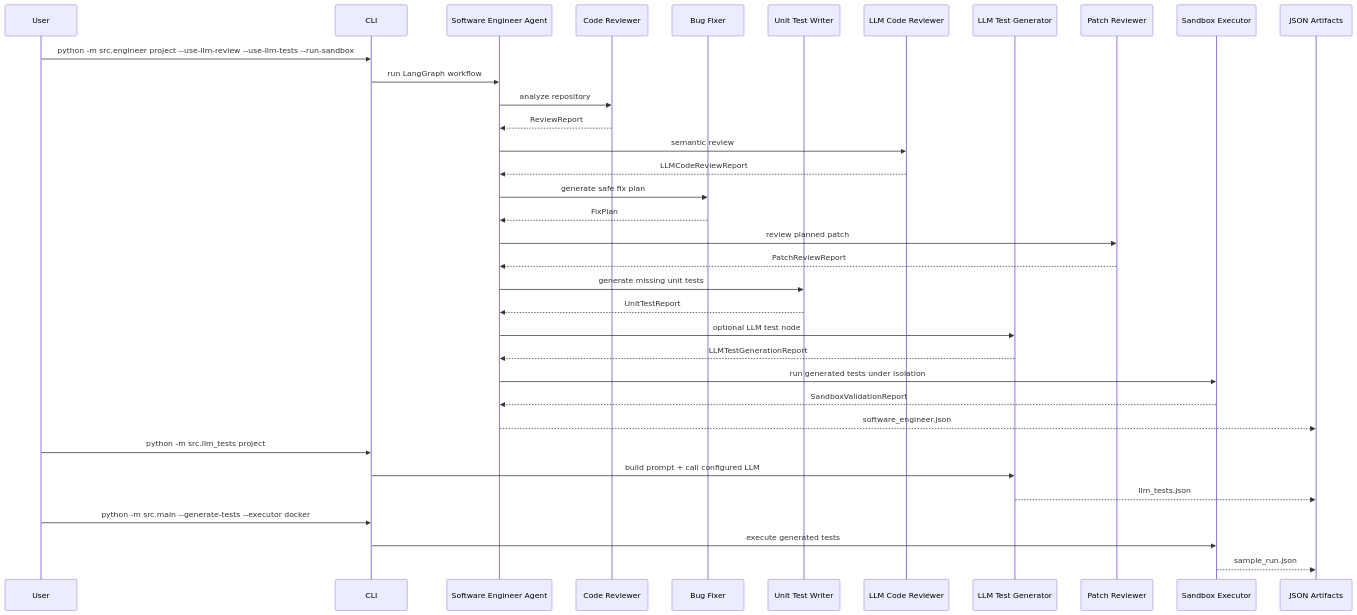
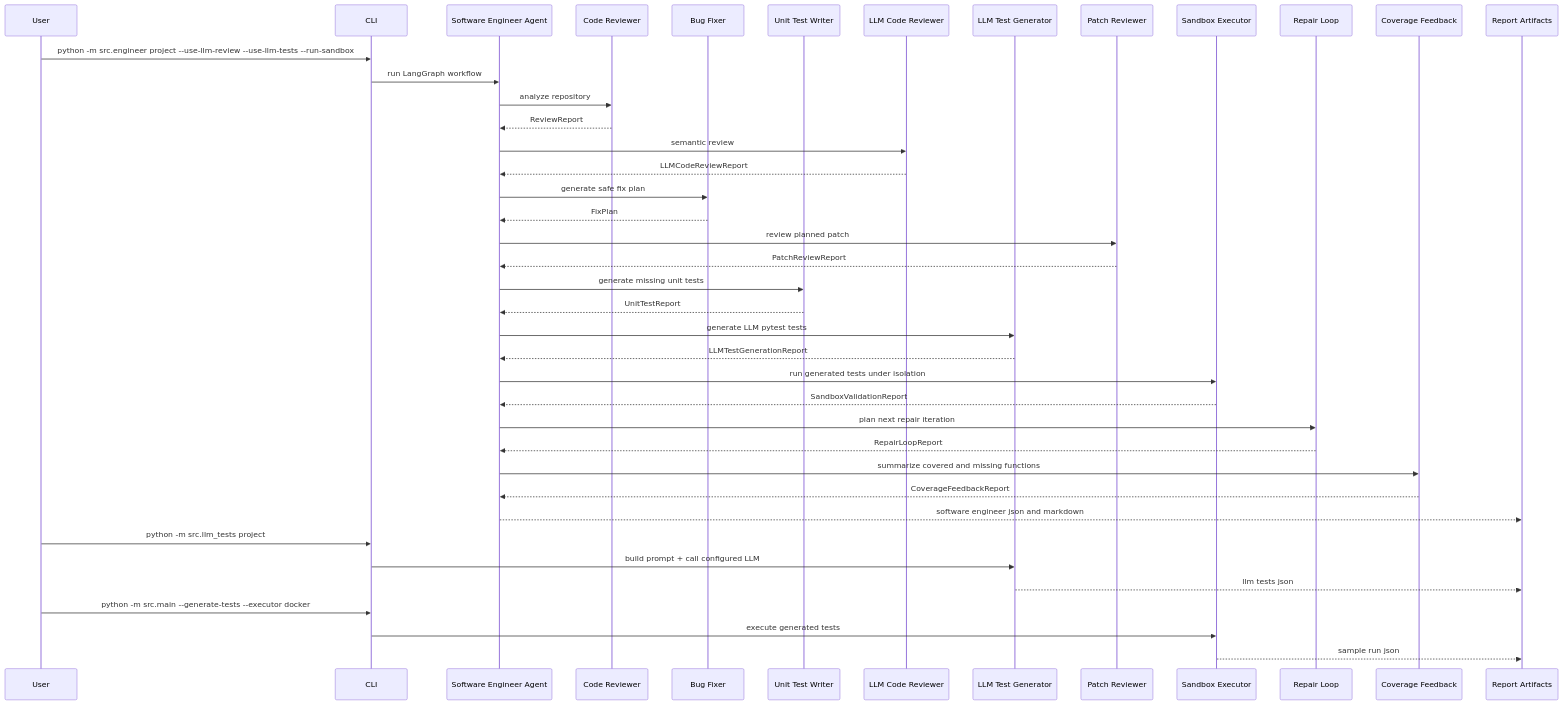
The third of 3 diagrams in docs/architecture.md (Isaacsen/cs599-project), drawn with Mermaid before and after one commit. The commit also changed other lines of this file and 60 other files, not shown here.

Commit message:
Align project architecture with software engineer agent

````diff
--- a/docs/architecture.md
+++ b/docs/architecture.md
@@ -156,40 +147,46 @@
 ```mermaid
 sequenceDiagram
     participant User
     participant CLI
     participant SE as Software Engineer Agent
     participant Review as Code Reviewer
     participant Fix as Bug Fixer
     participant Unit as Unit Test Writer
     participant LLMReview as LLM Code Reviewer
     participant LLM as LLM Test Generator
     participant Patch as Patch Reviewer
     participant Sandbox as Sandbox Executor
-    participant Obs as JSON Artifacts
+    participant Repair as Repair Loop
+    participant Coverage as Coverage Feedback
+    participant Obs as Report Artifacts
 
     User->>CLI: python -m src.engineer project --use-llm-review --use-llm-tests --run-sandbox
     CLI->>SE: run LangGraph workflow
     SE->>Review: analyze repository
     Review-->>SE: ReviewReport
     SE->>LLMReview: semantic review
     LLMReview-->>SE: LLMCodeReviewReport
     SE->>Fix: generate safe fix plan
     Fix-->>SE: FixPlan
     SE->>Patch: review planned patch
     Patch-->>SE: PatchReviewReport
     SE->>Unit: generate missing unit tests
     Unit-->>SE: UnitTestReport
-    SE->>LLM: optional LLM test node
+    SE->>LLM: generate LLM pytest tests
     LLM-->>SE: LLMTestGenerationReport
     SE->>Sandbox: run generated tests under isolation
     Sandbox-->>SE: SandboxValidationReport
-    SE-->>Obs: software_engineer.json
+    SE->>Repair: plan next repair iteration
+    Repair-->>SE: RepairLoopReport
+    SE->>Coverage: summarize covered and missing functions
+    Coverage-->>SE: CoverageFeedbackReport
+    SE-->>Obs: software engineer json and markdown
 
     User->>CLI: python -m src.llm_tests project
     CLI->>LLM: build prompt + call configured LLM
-    LLM-->>Obs: llm_tests.json
+    LLM-->>Obs: llm tests json
 
     User->>CLI: python -m src.main --generate-tests --executor docker
     CLI->>Sandbox: execute generated tests
-    Sandbox-->>Obs: sample_run.json
+    Sandbox-->>Obs: sample run json
 ```
````
